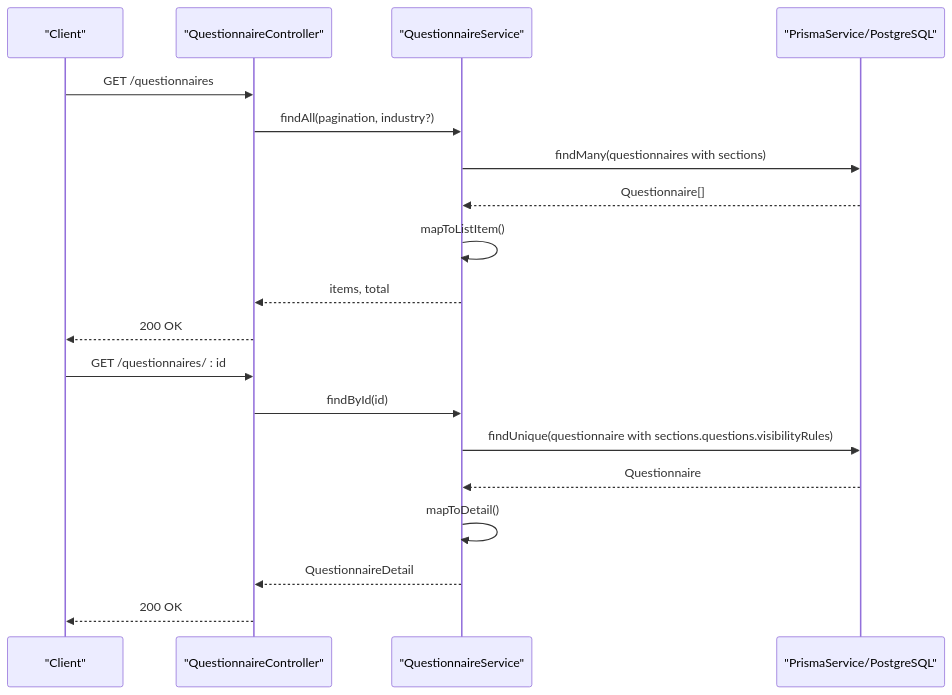
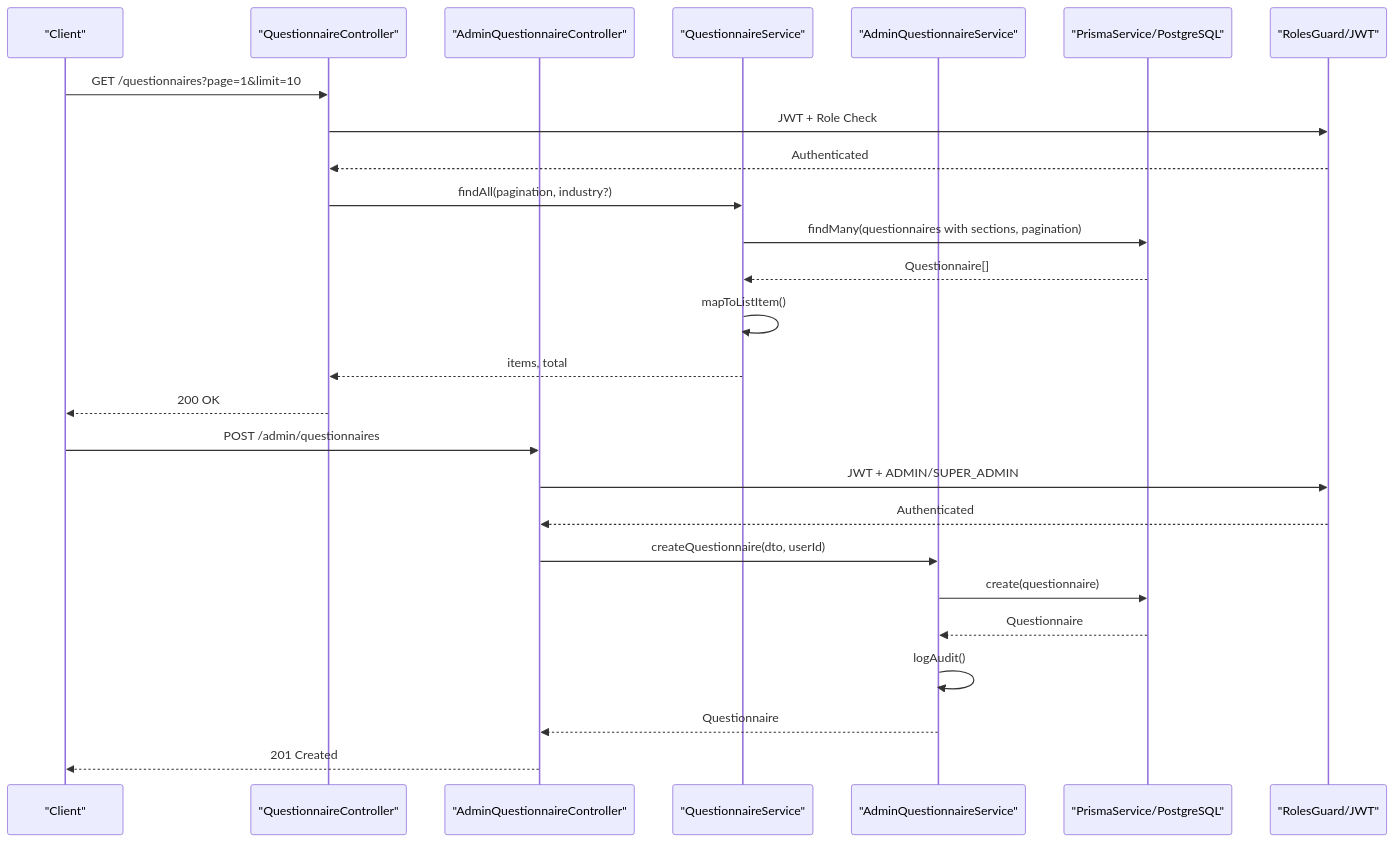
Before and after one commit to Avi-Bendetsky/Quiz-to-build: the second of 8 diagrams in .qoder/repowiki/en/content/Core Modules/Questionnaire Module.md, drawn with Mermaid. The commit also changed other lines of this file and 41 other files, not shown here.

````diff
--- a/.qoder/repowiki/en/content/Core Modules/Questionnaire Module.md
+++ b/.qoder/repowiki/en/content/Core Modules/Questionnaire Module.md
@@ -110,21 +145,28 @@
 ```mermaid
 sequenceDiagram
 participant Client as "Client"
-participant Controller as "QuestionnaireController"
-participant Service as "QuestionnaireService"
+participant PublicController as "QuestionnaireController"
+participant AdminController as "AdminQuestionnaireController"
+participant PublicService as "QuestionnaireService"
+participant AdminService as "AdminQuestionnaireService"
 participant DB as "PrismaService/PostgreSQL"
-Client->>Controller : GET /questionnaires
-Controller->>Service : findAll(pagination, industry?)
-Service->>DB : findMany(questionnaires with sections)
-DB-->>Service : Questionnaire[]
-Service->>Service : mapToListItem()
-Service-->>Controller : items, total
-Controller-->>Client : 200 OK
-Client->>Controller : GET /questionnaires/ : id
-Controller->>Service : findById(id)
-Service->>DB : findUnique(questionnaire with sections.questions.visibilityRules)
-DB-->>Service : Questionnaire
-Service->>Service : mapToDetail()
-Service-->>Controller : QuestionnaireDetail
-Controller-->>Client : 200 OK
+participant Security as "RolesGuard/JWT"
+Client->>PublicController : GET /questionnaires?page=1&limit=10
+PublicController->>Security : JWT + Role Check
+Security-->>PublicController : Authenticated
+PublicController->>PublicService : findAll(pagination, industry?)
+PublicService->>DB : findMany(questionnaires with sections, pagination)
+DB-->>PublicService : Questionnaire[]
+PublicService->>PublicService : mapToListItem()
+PublicService-->>PublicController : items, total
+PublicController-->>Client : 200 OK
+Client->>AdminController : POST /admin/questionnaires
+AdminController->>Security : JWT + ADMIN/SUPER_ADMIN
+Security-->>AdminController : Authenticated
+AdminController->>AdminService : createQuestionnaire(dto, userId)
+AdminService->>DB : create(questionnaire)
+DB-->>AdminService : Questionnaire
+AdminService->>AdminService : logAudit()
+AdminService-->>AdminController : Questionnaire
+AdminController-->>Client : 201 Created
 ```
````
